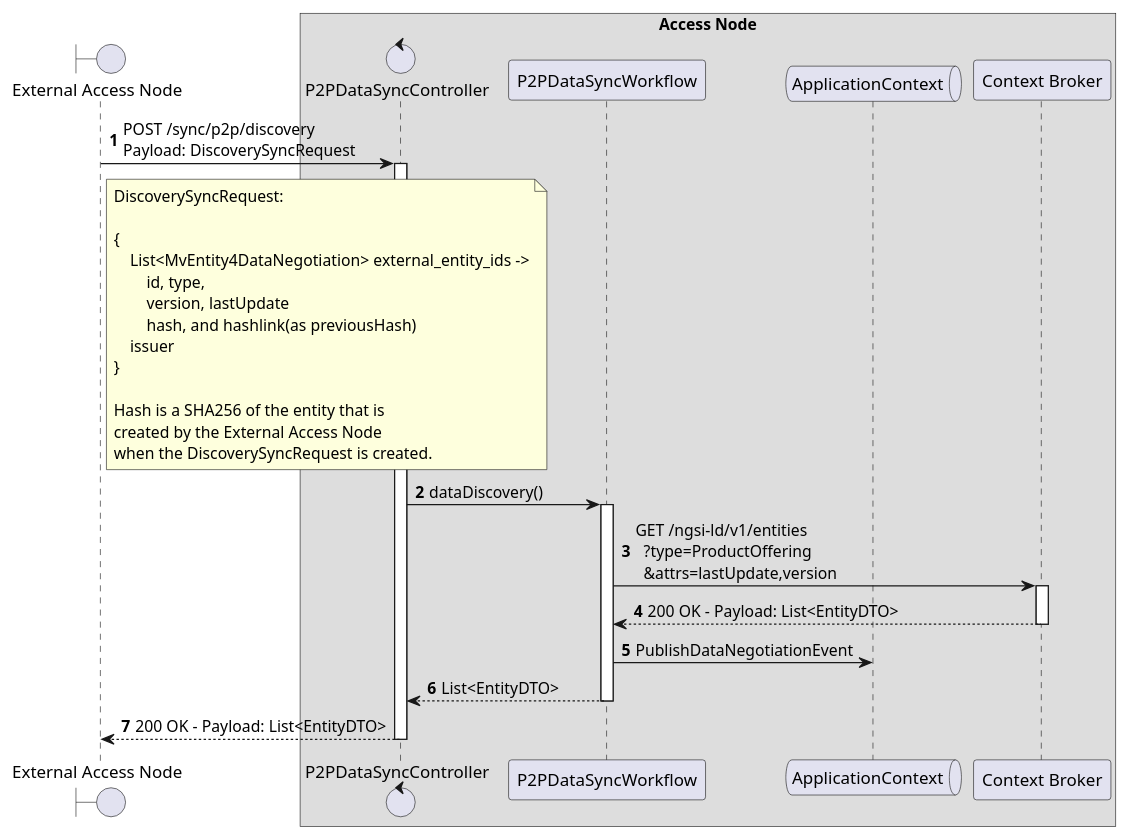
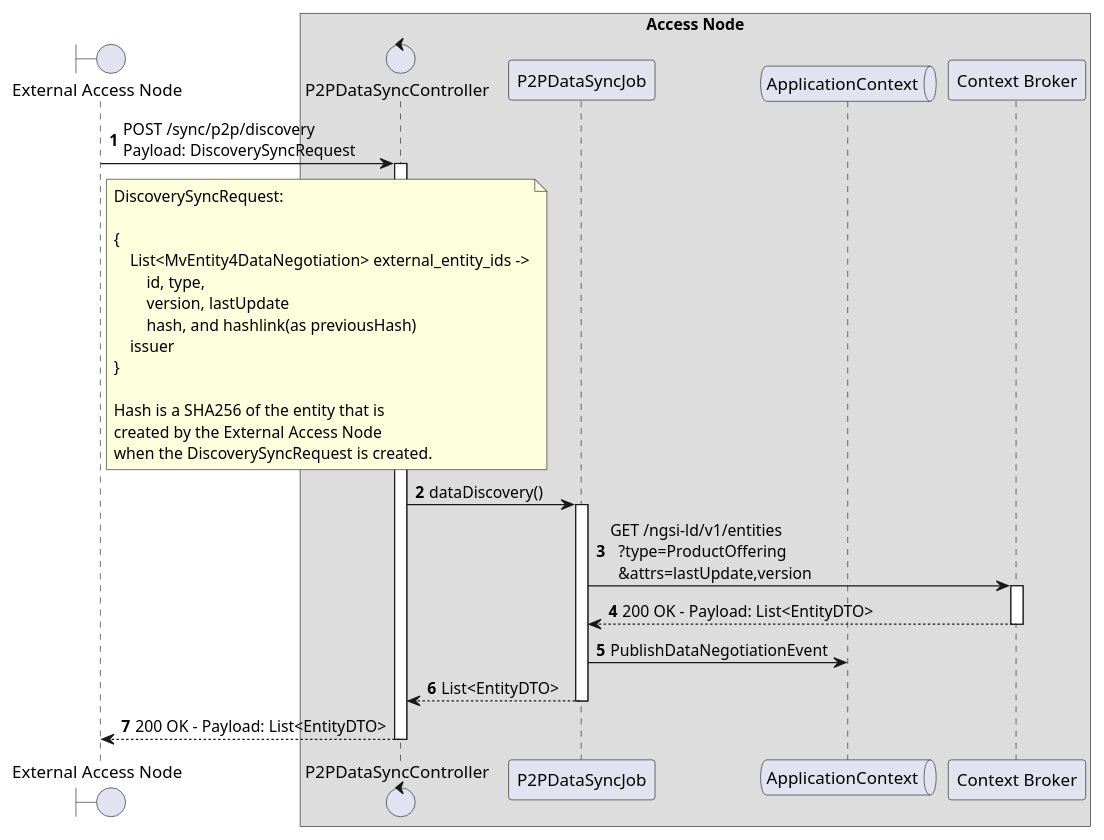
One commit to in2workspace/in2-guides changed the diagram in desmos-tech-doc/diagrams/p2p-sync-discovery-local.puml. Above: the diagram before and after it, drawn with PlantUML. The commit also changed 4 other files, not shown here.

Commit message:
fix(data-syncronization): change p2p data sync workflow to p2p data sync job

```diff
--- a/desmos-tech-doc/diagrams/p2p-sync-discovery-local.puml
+++ b/desmos-tech-doc/diagrams/p2p-sync-discovery-local.puml
@@ -1,48 +1,48 @@
 @startuml
 'https://plantuml.com/sequence-diagram
 
 '---------- Config ----------------
 
 autonumber
 
 '---------- Header ----------------
 
 boundary "External Access Node" as ean
 
 box "Access Node"
 
   control "P2PDataSyncController" as p2pController
-  participant "P2PDataSyncWorkflow" as p2pWorkflow
+  participant "P2PDataSyncJob" as p2p_data_sync_job
   queue "ApplicationContext" as ac
   participant "Context Broker" as cb
 
 end box
 
 '---------- Diagram ----------------
 
 ean -> p2pController++: POST /sync/p2p/discovery \nPayload: DiscoverySyncRequest
 
 note right of ean
     DiscoverySyncRequest:
 
     {
         List<MvEntity4DataNegotiation> external_entity_ids ->
             id, type,
             version, lastUpdate
             hash, and hashlink(as previousHash)
         issuer
     }
 
     Hash is a SHA256 of the entity that is
     created by the External Access Node
     when the DiscoverySyncRequest is created.
 end note
 
-    p2pController -> p2pWorkflow++: dataDiscovery()
-        p2pWorkflow -> cb++: GET /ngsi-ld/v1/entities\n  ?type=ProductOffering\n  &attrs=lastUpdate,version
+    p2pController -> p2p_data_sync_job++: dataDiscovery()
+        p2p_data_sync_job -> cb++: GET /ngsi-ld/v1/entities\n  ?type=ProductOffering\n  &attrs=lastUpdate,version
         return 200 OK - Payload: List<EntityDTO>
-        p2pWorkflow -> ac: PublishDataNegotiationEvent
+        p2p_data_sync_job -> ac: PublishDataNegotiationEvent
     return List<EntityDTO>
 return 200 OK - Payload: List<EntityDTO>
 
 @enduml
```
